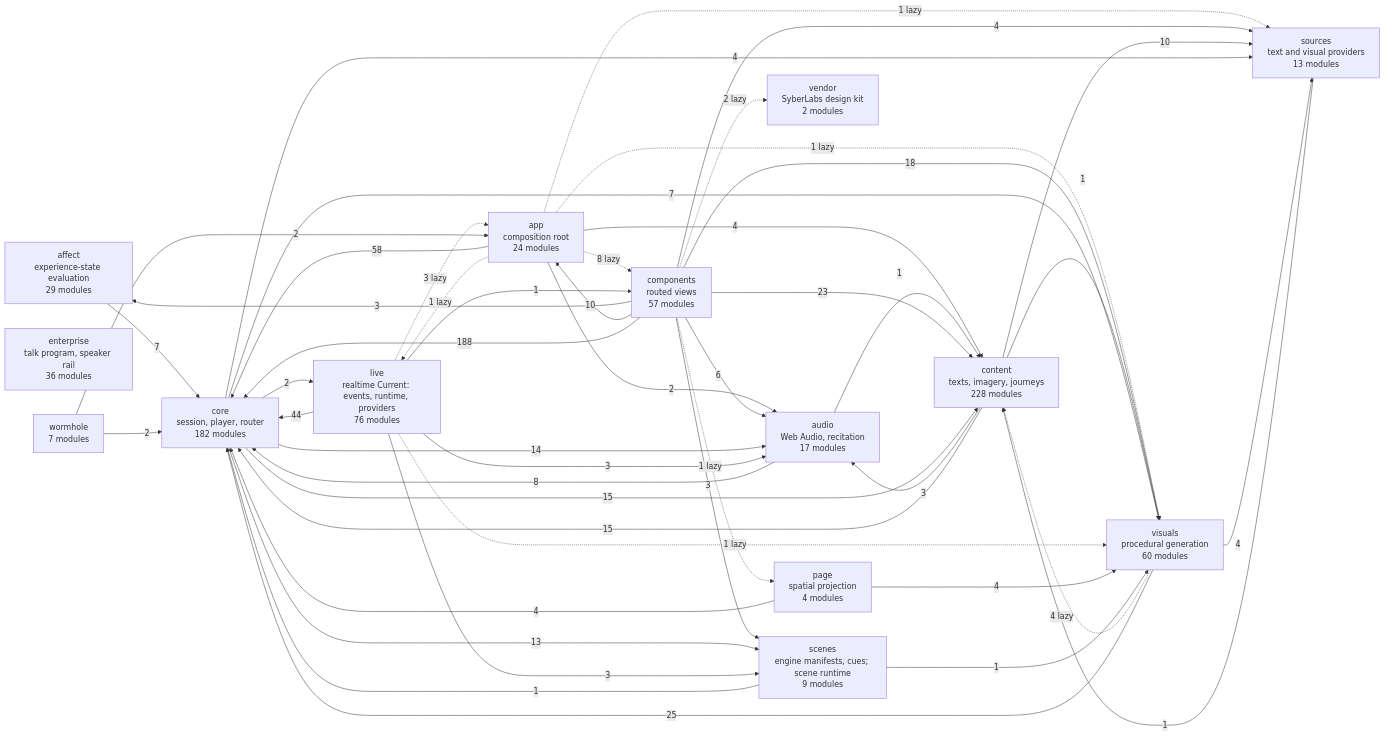
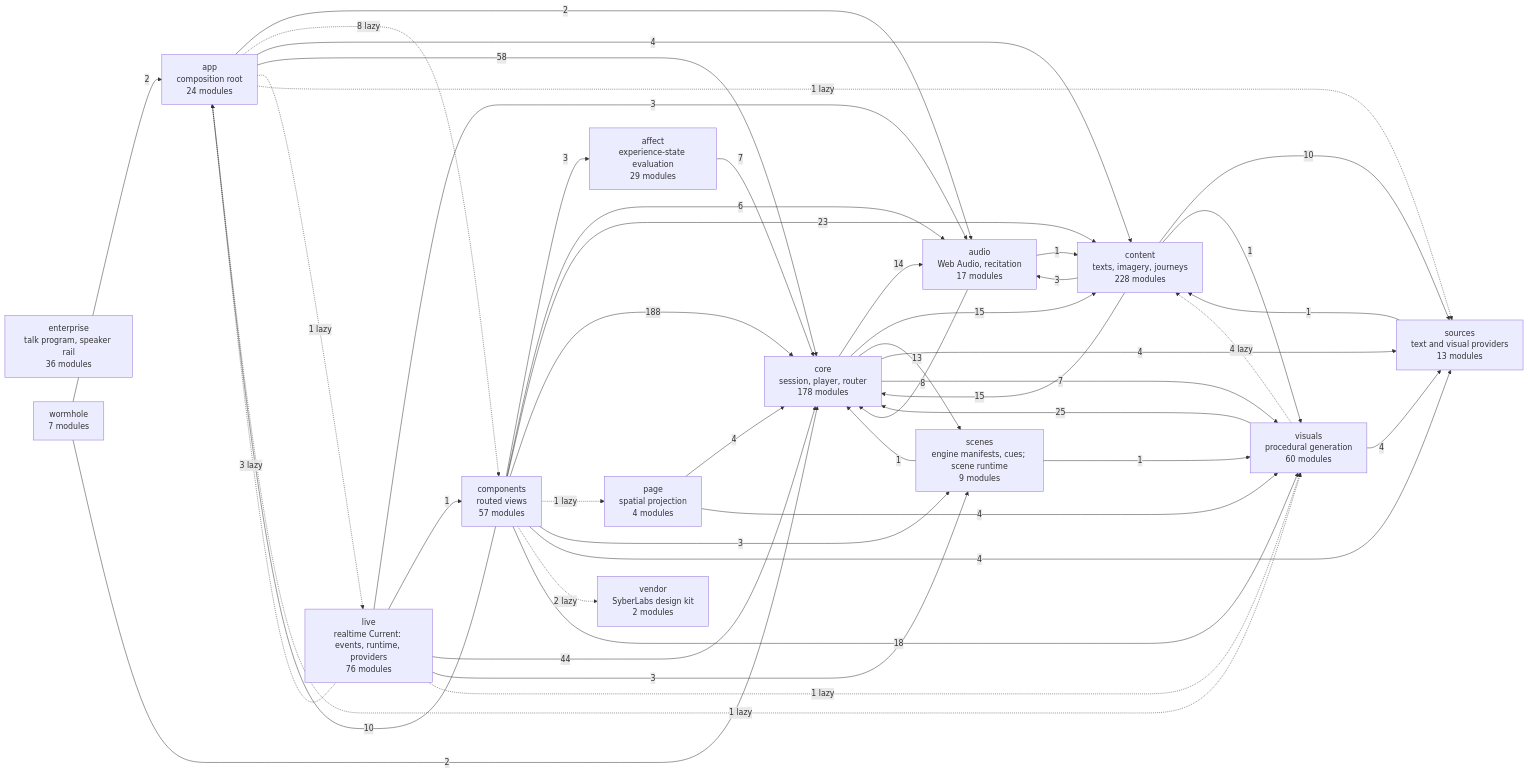
One commit to SyberLabs/RISE changed the diagram in docs/specs/ARCHITECTURE.md. Above: the diagram before and after it, drawn with Mermaid. The commit also changed 13 other files, not shown here.

First line of the commit message:
RISE Changes' Node pipeline moves to scripts/changes, so the core reaches nothing in the live layer (#677)

````diff
--- a/docs/specs/ARCHITECTURE.md
+++ b/docs/specs/ARCHITECTURE.md
@@ -161,64 +161,63 @@
 ```mermaid
 flowchart LR
     affect["affect<br/>experience-state evaluation<br/>29 modules"]
     app["app<br/>composition root<br/>24 modules"]
     audio["audio<br/>Web Audio, recitation<br/>17 modules"]
     components["components<br/>routed views<br/>57 modules"]
     content["content<br/>texts, imagery, journeys<br/>228 modules"]
-    core["core<br/>session, player, router<br/>182 modules"]
+    core["core<br/>session, player, router<br/>178 modules"]
     enterprise["enterprise<br/>talk program, speaker rail<br/>36 modules"]
     live["live<br/>realtime Current: events, runtime, providers<br/>76 modules"]
     page["page<br/>spatial projection<br/>4 modules"]
     scenes["scenes<br/>engine manifests, cues; scene runtime<br/>9 modules"]
     sources["sources<br/>text and visual providers<br/>13 modules"]
     vendor["vendor<br/>SyberLabs design kit<br/>2 modules"]
     visuals["visuals<br/>procedural generation<br/>60 modules"]
     wormhole["wormhole<br/>7 modules"]
 
     affect --> |7| core
     app --> |2| audio
     app -.-> |8 lazy| components
     app --> |4| content
     app --> |58| core
     app -.-> |1 lazy| live
     app -.-> |1 lazy| sources
     app -.-> |1 lazy| visuals
     audio --> |1| content
     audio --> |8| core
     components --> |3| affect
     components --> |10| app
     components --> |6| audio
     components --> |23| content
     components --> |188| core
     components -.-> |1 lazy| page
     components --> |3| scenes
     components --> |4| sources
     components -.-> |2 lazy| vendor
     components --> |18| visuals
     content --> |3| audio
     content --> |15| core
     content --> |10| sources
     content --> |1| visuals
     core --> |14| audio
     core --> |15| content
-    core --> |2| live
     core --> |13| scenes
     core --> |4| sources
     core --> |7| visuals
     live -.-> |3 lazy| app
     live --> |3| audio
     live --> |1| components
     live --> |44| core
     live --> |3| scenes
     live -.-> |1 lazy| visuals
     page --> |4| core
     page --> |4| visuals
     scenes --> |1| core
     scenes --> |1| visuals
     sources --> |1| content
     visuals -.-> |4 lazy| content
     visuals --> |25| core
     visuals --> |4| sources
     wormhole --> |2| app
     wormhole --> |2| core
 ```
````
